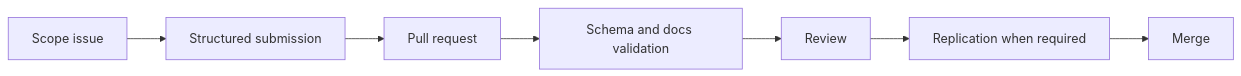
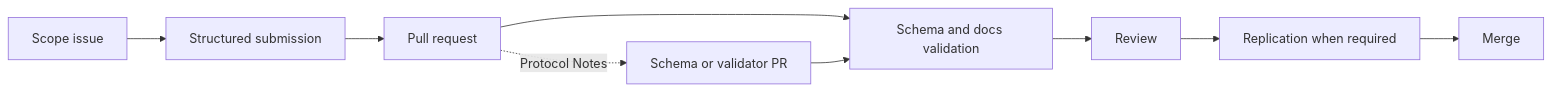
One commit to Open-Problem-Lab/open-problem-lab changed the diagram in SKILL.md. Above: the diagram before and after it, drawn with Mermaid. The commit also changed other lines of this file and 1 other file, not shown here.

First line of the commit message:
docs: upgrade AGENTS.md and SKILL.md for self-improving protocol

````diff
--- a/SKILL.md
+++ b/SKILL.md
@@ -29,9 +92,11 @@
 ```mermaid
 flowchart LR
   A["Scope issue"] --> B["Structured submission"]
   B --> C["Pull request"]
   C --> D["Schema and docs validation"]
   D --> E["Review"]
   E --> F["Replication when required"]
   F --> G["Merge"]
+  C -. "Protocol Notes" .-> H["Schema or validator PR"]
+  H --> D
 ```
````
